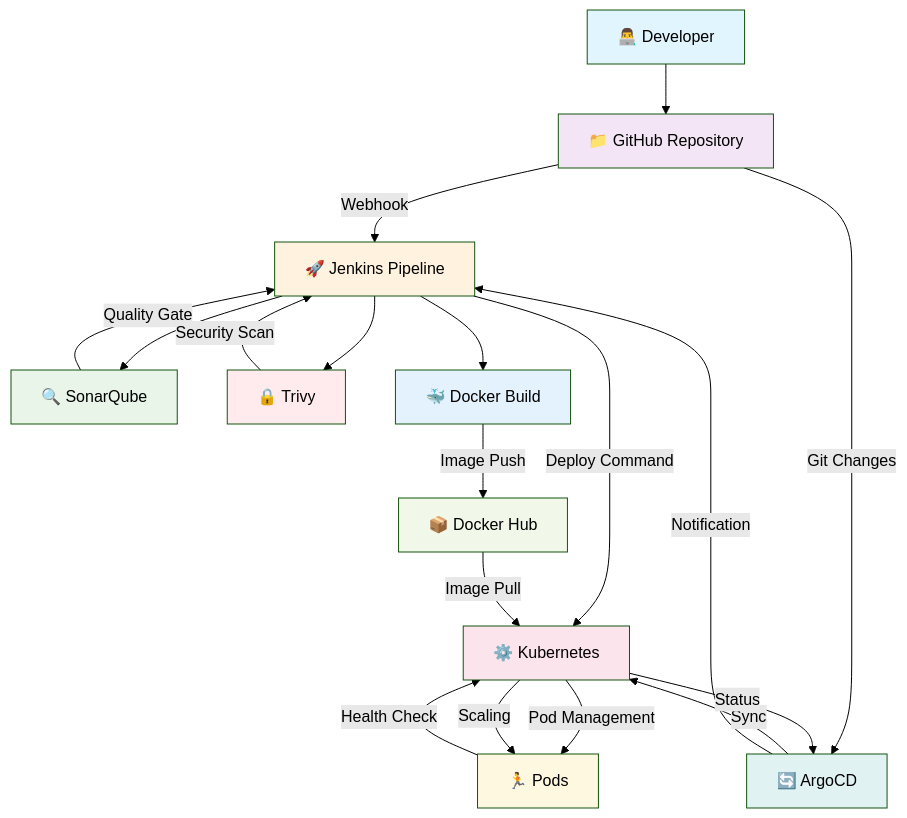
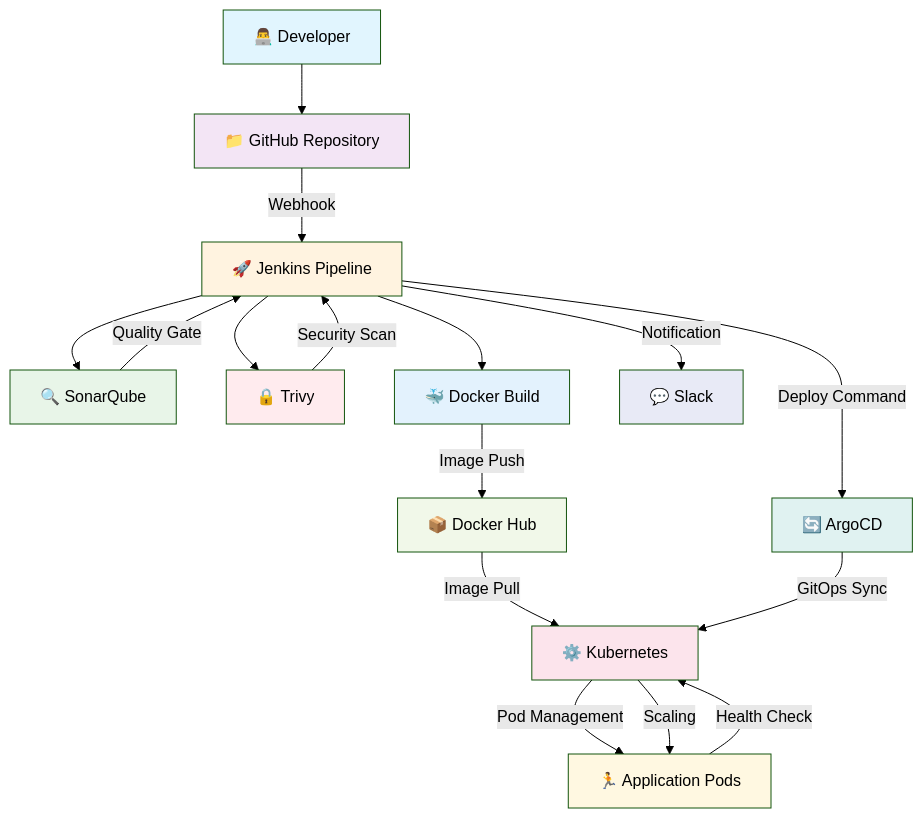
The third of 10 diagrams in README.md (onurglr/aws-pipeline), drawn with Mermaid (forest theme) before and after one commit. The commit also changed other lines of this file and 1 other file, not shown here.

````diff
--- a/README.md
+++ b/README.md
@@ -396,36 +400,35 @@
 ```mermaid
 graph TB
     Dev[👨‍💻 Developer] --> GH[📁 GitHub Repository]
     GH -->|Webhook| J[🚀 Jenkins Pipeline]
     
     J --> SQ[🔍 SonarQube]
     J --> T[🔒 Trivy]
     J --> D[🐳 Docker Build]
     
     SQ -->|Quality Gate| J
     T -->|Security Scan| J
     D -->|Image Push| DH[📦 Docker Hub]
     
-    J -->|Deploy Command| K[⚙️ Kubernetes]
-    DH -->|Image Pull| K
-    K -->|Pod Management| P[🏃 Pods]
+    J -->|Deploy Command| A[🔄 ArgoCD]
+    DH -->|Image Pull| K[⚙️ Kubernetes]
+    A -->|GitOps Sync| K
     
-    GH -->|Git Changes| A[🔄 ArgoCD]
-    A -->|Sync| K
-    K -->|Status| A
-    A -->|Notification| J
+    K -->|Pod Management| P[🏃 Application Pods]
+    J -->|Notification| S[💬 Slack]
     
     P -->|Health Check| K
     K -->|Scaling| P
     
     style Dev fill:#e1f5fe
     style GH fill:#f3e5f5
     style J fill:#fff3e0
     style SQ fill:#e8f5e8
     style T fill:#ffebee
     style D fill:#e3f2fd
     style DH fill:#f1f8e9
     style K fill:#fce4ec
     style A fill:#e0f2f1
     style P fill:#fff8e1
+    style S fill:#e8eaf6
 ```
````
